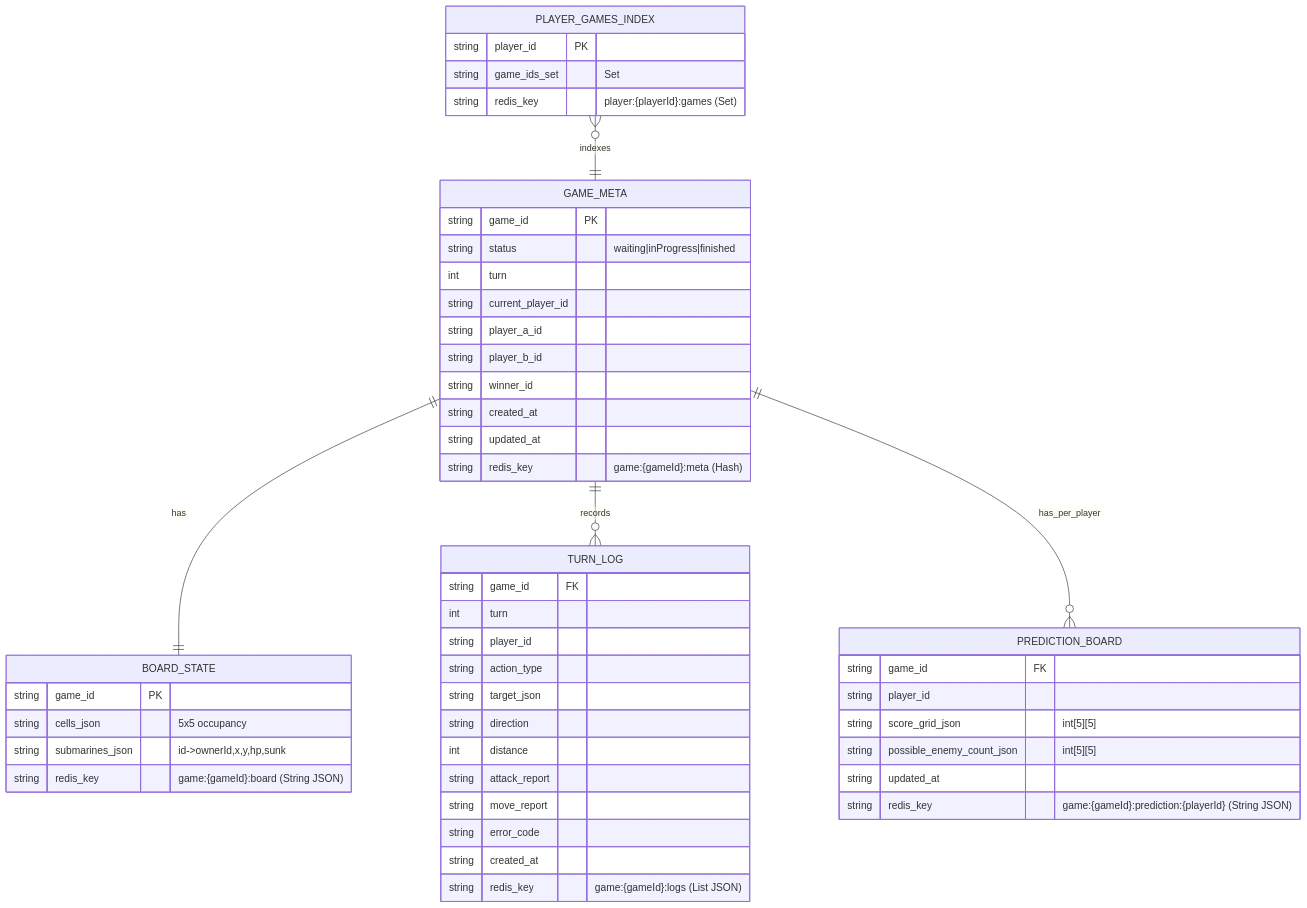
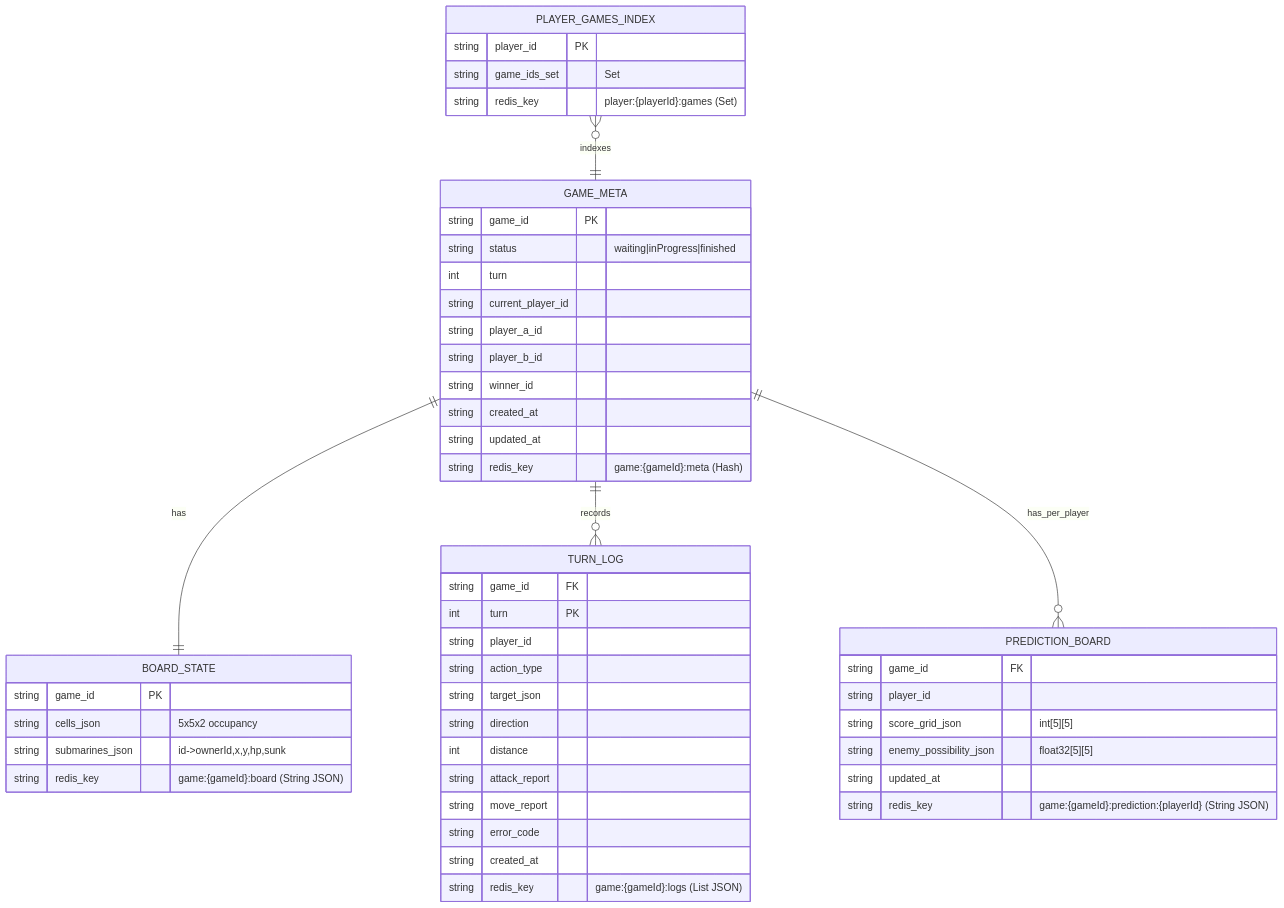
The diagram in plan/design/02_Upstashデータ設計.mmd (ayumu203/szpp-submarine-2026), drawn with Mermaid before and after one commit. The commit also changed 3 other files, not shown here.

Commit message:
refactor: クラス図およびDB設計を修正.

```diff
--- a/plan/design/02_Upstashデータ設計.mmd
+++ b/plan/design/02_Upstashデータ設計.mmd
@@ -1,55 +1,55 @@
 erDiagram
     GAME_META ||--|| BOARD_STATE : has
     GAME_META ||--o{ TURN_LOG : records
     GAME_META ||--o{ PREDICTION_BOARD : has_per_player
     PLAYER_GAMES_INDEX }o--|| GAME_META : indexes
 
     GAME_META {
         string game_id PK
         string status "waiting|inProgress|finished"
         int turn
         string current_player_id
         string player_a_id
         string player_b_id
         string winner_id
         string created_at
         string updated_at
         string redis_key "game:{gameId}:meta (Hash)"
     }
 
     BOARD_STATE {
         string game_id PK
-        string cells_json "5x5 occupancy"
+        string cells_json "5x5x2 occupancy"
         string submarines_json "id->ownerId,x,y,hp,sunk"
         string redis_key "game:{gameId}:board (String JSON)"
     }
 
     TURN_LOG {
         string game_id FK
-        int turn
+        int turn PK
         string player_id
         string action_type
         string target_json
         string direction
         int distance
         string attack_report
         string move_report
         string error_code
         string created_at
         string redis_key "game:{gameId}:logs (List JSON)"
     }
 
     PREDICTION_BOARD {
         string game_id FK
         string player_id
         string score_grid_json "int[5][5]"
-        string possible_enemy_count_json "int[5][5]"
+        string enemy_possibility_json "float32[5][5]"
         string updated_at
         string redis_key "game:{gameId}:prediction:{playerId} (String JSON)"
     }
 
     PLAYER_GAMES_INDEX {
         string player_id PK
         string game_ids_set "Set<gameId>"
         string redis_key "player:{playerId}:games (Set)"
     }
```
